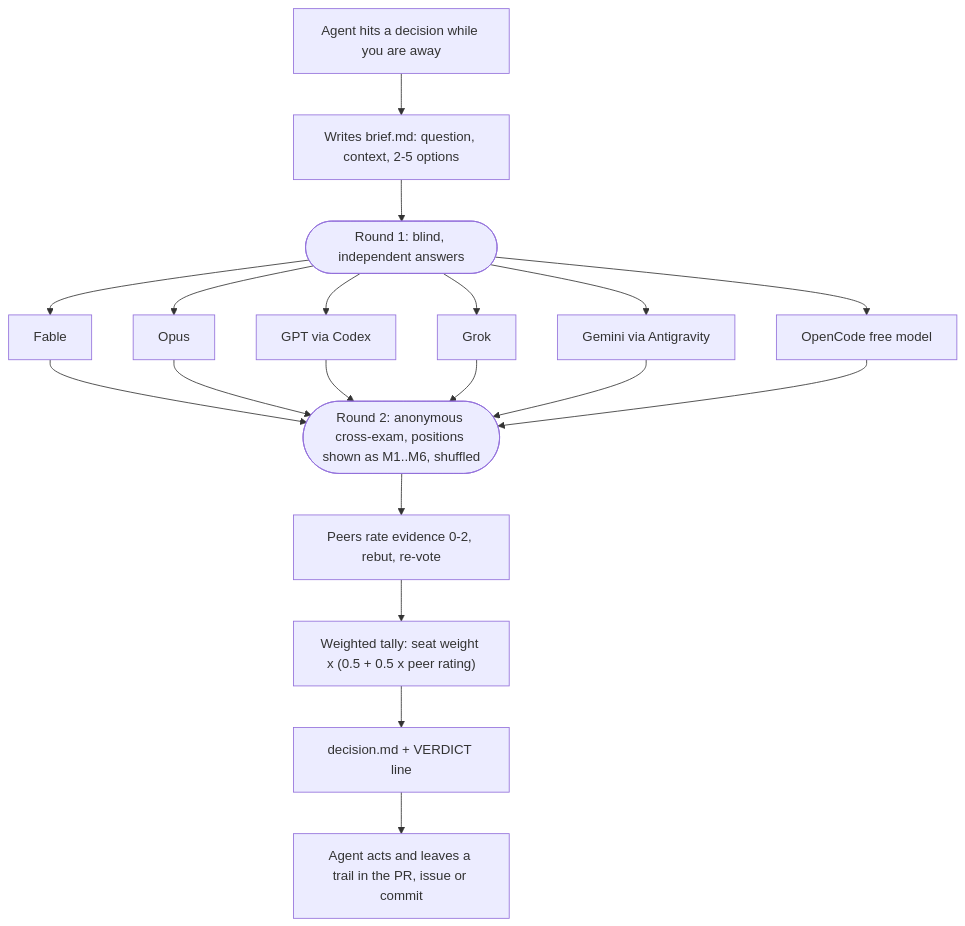
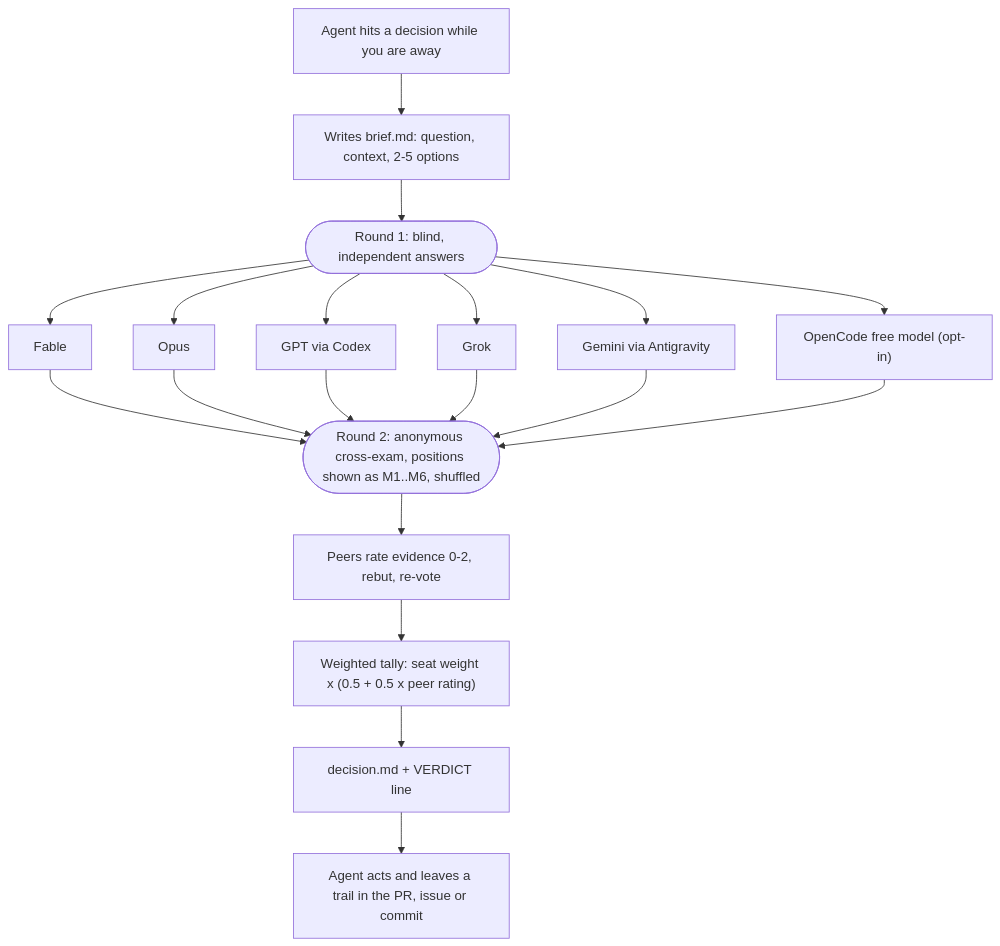
One commit to dinhkarate/llm-roundtable changed the diagram in README.md. Above: the diagram before and after it, drawn with Mermaid. The commit also changed other lines of this file and 15 other files, not shown here.

First line of the commit message:
Release review fixes: opt-in OpenCode seat, per-CLI credentials, source check, run reuse

````diff
--- a/README.md
+++ b/README.md
@@ -135,11 +135,11 @@
 ```mermaid
 flowchart TD
     A["Agent hits a decision while you are away"] --> B["Writes brief.md: question, context, 2-5 options"]
     B --> R1(["Round 1: blind, independent answers"])
-    R1 --> S1["Fable"] & S2["Opus"] & S3["GPT via Codex"] & S4["Grok"] & S5["Gemini via Antigravity"] & S6["OpenCode free model"]
+    R1 --> S1["Fable"] & S2["Opus"] & S3["GPT via Codex"] & S4["Grok"] & S5["Gemini via Antigravity"] & S6["OpenCode free model (opt-in)"]
     S1 & S2 & S3 & S4 & S5 & S6 --> R2(["Round 2: anonymous cross-exam, positions shown as M1..M6, shuffled"])
     R2 --> E["Peers rate evidence 0-2, rebut, re-vote"]
     E --> G["Weighted tally: seat weight x (0.5 + 0.5 x peer rating)"]
     G --> H["decision.md + VERDICT line"]
     H --> I["Agent acts and leaves a trail in the PR, issue or commit"]
 ```
````
